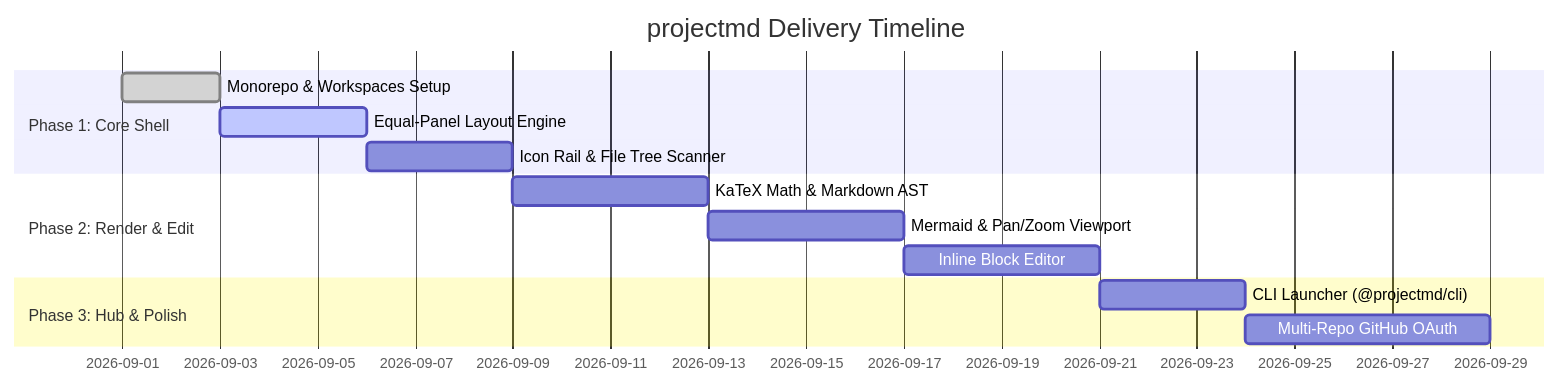
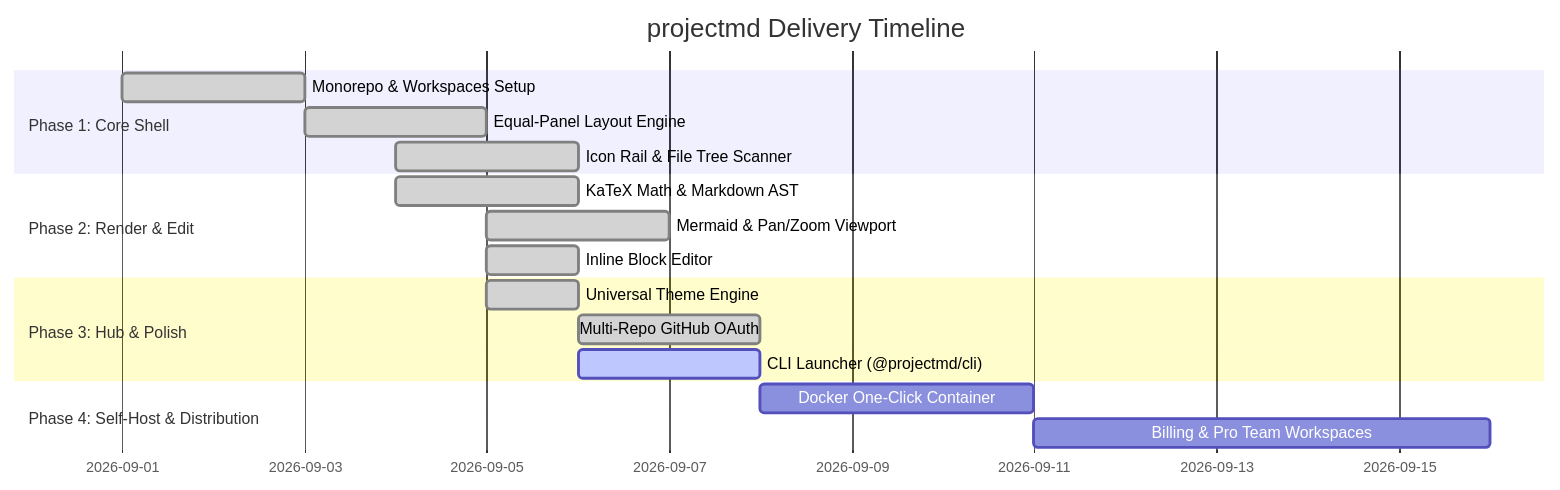
The diagram in projectmd/roadmaps/roadmap.md (jamesnavinhill/mdNinja), drawn with Mermaid before and after one commit. The commit also changed other lines of this file and 19 other files, not shown here.

Commit message:
feat: implement core workbench architecture with dual-panel editing, real-time filesystem persistence, and project documentation scaffolding.

````diff
--- a/projectmd/roadmaps/roadmap.md
+++ b/projectmd/roadmaps/roadmap.md
@@ -5,16 +5,20 @@
 ```mermaid
 gantt
     title projectmd Delivery Timeline
     dateFormat  YYYY-MM-DD
     section Phase 1: Core Shell
     Monorepo & Workspaces Setup      :done,    m1, 2026-09-01, 2d
-    Equal-Panel Layout Engine        :active,  m2, 2026-09-03, 3d
-    Icon Rail & File Tree Scanner    :         m3, after m2, 3d
+    Equal-Panel Layout Engine        :done,    m2, 2026-09-03, 2d
+    Icon Rail & File Tree Scanner    :done,    m3, 2026-09-04, 2d
     section Phase 2: Render & Edit
-    KaTeX Math & Markdown AST        :         m4, after m3, 4d
-    Mermaid & Pan/Zoom Viewport      :         m5, after m4, 4d
-    Inline Block Editor              :         m6, after m5, 4d
+    KaTeX Math & Markdown AST        :done,    m4, 2026-09-04, 2d
+    Mermaid & Pan/Zoom Viewport      :done,    m5, 2026-09-05, 2d
+    Inline Block Editor              :done,    m6, 2026-09-05, 1d
     section Phase 3: Hub & Polish
-    CLI Launcher (@projectmd/cli)    :         m7, after m6, 3d
-    Multi-Repo GitHub OAuth          :         m8, after m7, 5d
+    Universal Theme Engine           :done,    m7, 2026-09-05, 1d
+    Multi-Repo GitHub OAuth          :done,    m8, 2026-09-06, 2d
+    CLI Launcher (@projectmd/cli)    :active,  m9, 2026-09-06, 2d
+    section Phase 4: Self-Host & Distribution
+    Docker One-Click Container       :m11, after m9, 3d
+    Billing & Pro Team Workspaces    :m12, after m11, 5d
 ```
````
